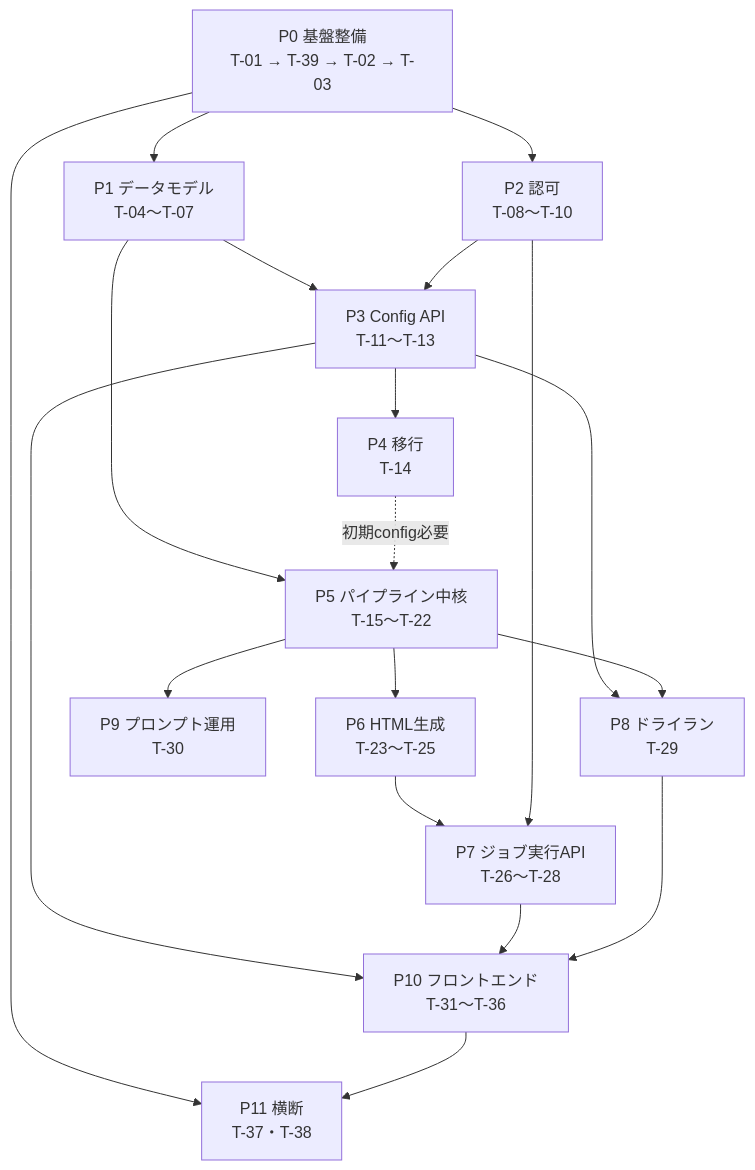
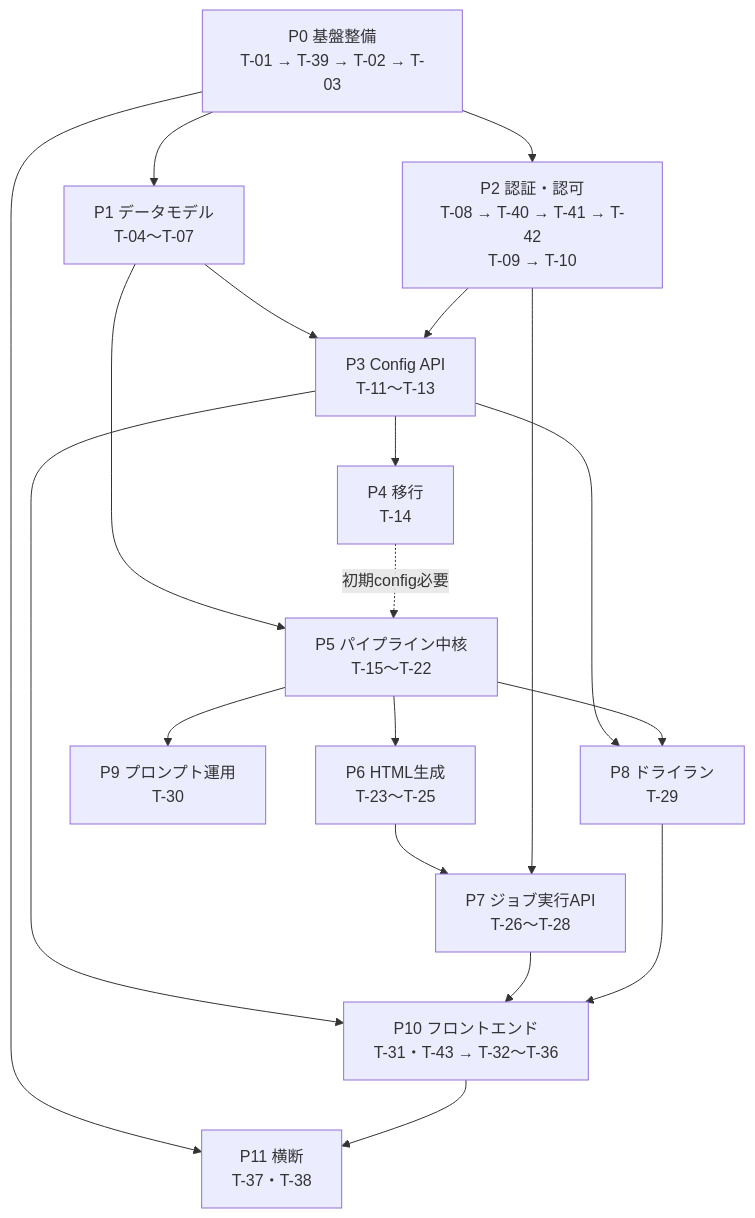
Before and after one commit to InoHikaru-Sapeet/FirstDemo: the diagram in TASKS.md, drawn with Mermaid. The commit also changed other lines of this file and 2 other files, not shown here.

````diff
--- a/TASKS.md
+++ b/TASKS.md
@@ -68,34 +98,34 @@
 ```mermaid
 flowchart TD
   P0["P0 基盤整備<br/>T-01 → T-39 → T-02 → T-03"]
   P1["P1 データモデル<br/>T-04〜T-07"]
-  P2["P2 認可<br/>T-08〜T-10"]
+  P2["P2 認証・認可<br/>T-08 → T-40 → T-41 → T-42<br/>T-09 → T-10"]
   P3["P3 Config API<br/>T-11〜T-13"]
   P4["P4 移行<br/>T-14"]
   P5["P5 パイプライン中核<br/>T-15〜T-22"]
   P6["P6 HTML生成<br/>T-23〜T-25"]
   P7["P7 ジョブ実行API<br/>T-26〜T-28"]
   P8["P8 ドライラン<br/>T-29"]
   P9["P9 プロンプト運用<br/>T-30"]
-  P10["P10 フロントエンド<br/>T-31〜T-36"]
+  P10["P10 フロントエンド<br/>T-31・T-43 → T-32〜T-36"]
   P11["P11 横断<br/>T-37・T-38"]
 
   P0 --> P1
   P0 --> P2
   P1 --> P3
   P2 --> P3
   P3 --> P4
   P1 --> P5
   P4 -.->|初期config必要| P5
   P5 --> P6
   P6 --> P7
   P2 --> P7
   P3 --> P8
   P5 --> P8
   P5 --> P9
   P3 --> P10
   P7 --> P10
   P8 --> P10
   P0 --> P11
   P10 --> P11
 ```
````
